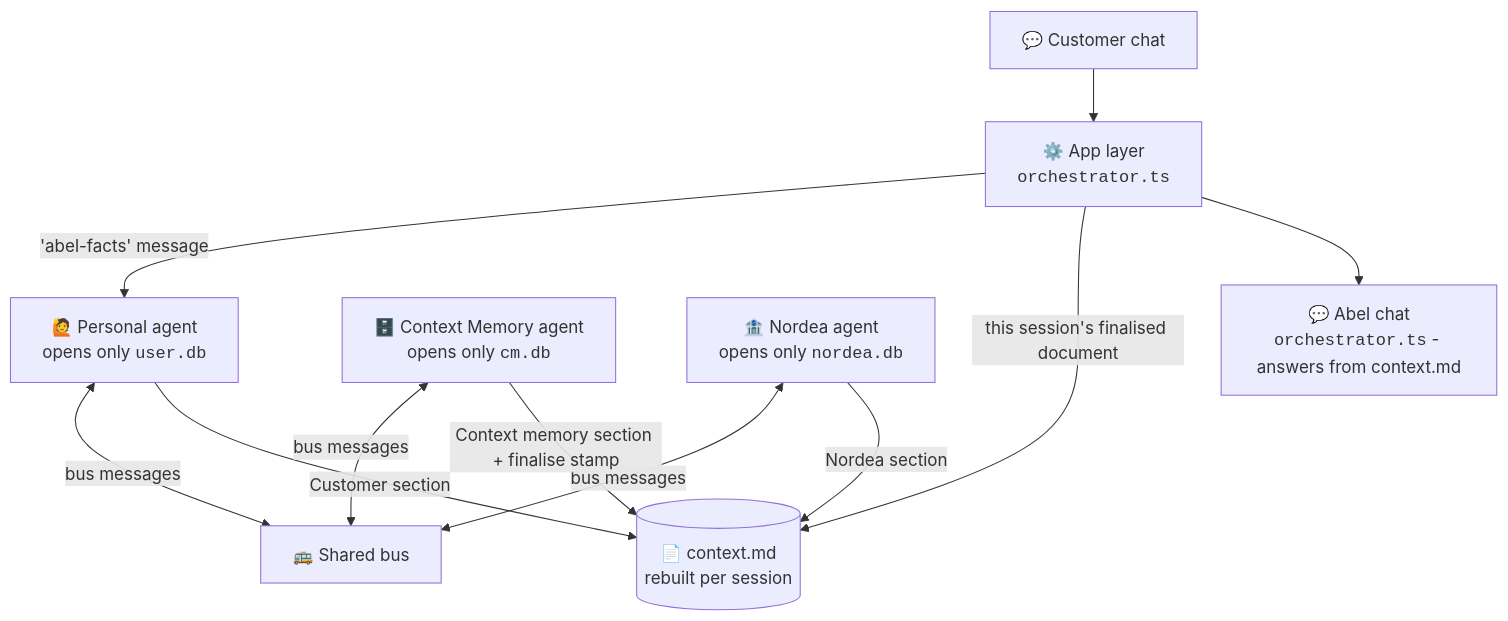
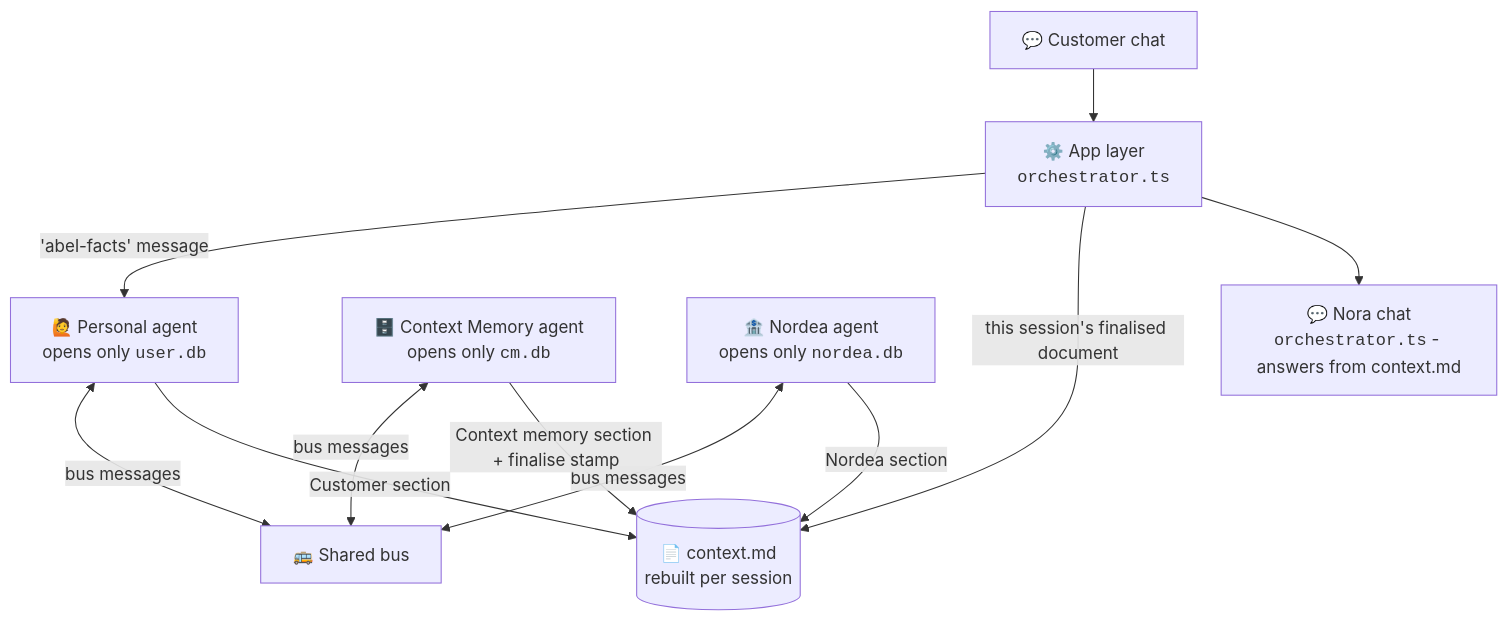
Before and after one commit to MFahadSa/Nordea-x-Aalto-Banking-: the diagram in README.md, drawn with Mermaid. The commit also changed other lines of this file and 78 other files, not shown here.

````diff
--- a/README.md
+++ b/README.md
@@ -64,13 +64,13 @@
 ```mermaid
 flowchart TD
     CHAT["💬 Customer chat"] --> APP["⚙️ App layer<br/><code>orchestrator.ts</code>"]
     APP -->|"'abel-facts' message"| PA["🙋 Personal agent<br/>opens only <code>user.db</code>"]
     APP -->|"this session's finalised document"| CTX[("📄 context.md<br/>rebuilt per session")]
     PA <-->|"bus messages"| BUS["🚌 Shared bus"]
     CM["🗄️ Context Memory agent<br/>opens only <code>cm.db</code>"] <-->|"bus messages"| BUS
     NOR["🏦 Nordea agent<br/>opens only <code>nordea.db</code>"] <-->|"bus messages"| BUS
     PA -->|"Customer section"| CTX
     CM -->|"Context memory section + finalise stamp"| CTX
     NOR -->|"Nordea section"| CTX
-    APP --> ABEL["💬 Abel chat<br/><code>orchestrator.ts</code> - answers from context.md"]
+    APP --> ABEL["💬 Nora chat<br/><code>orchestrator.ts</code> - answers from context.md"]
 ```
````
